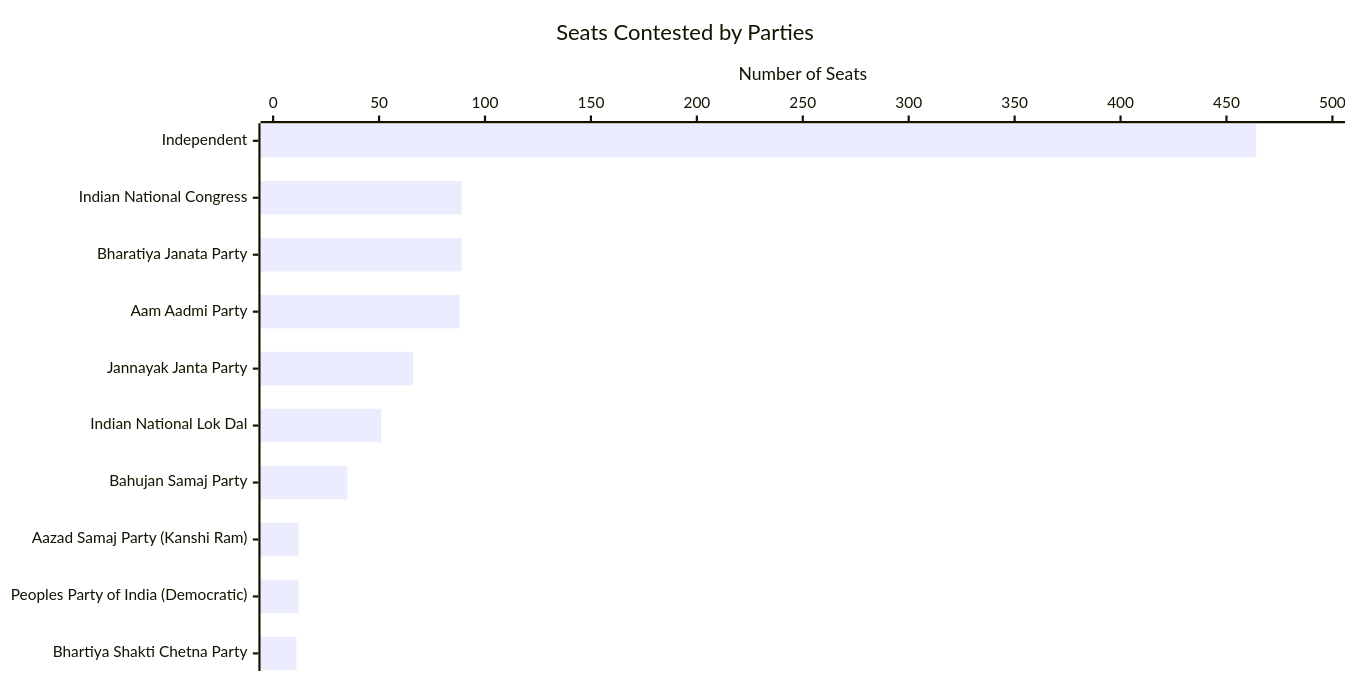
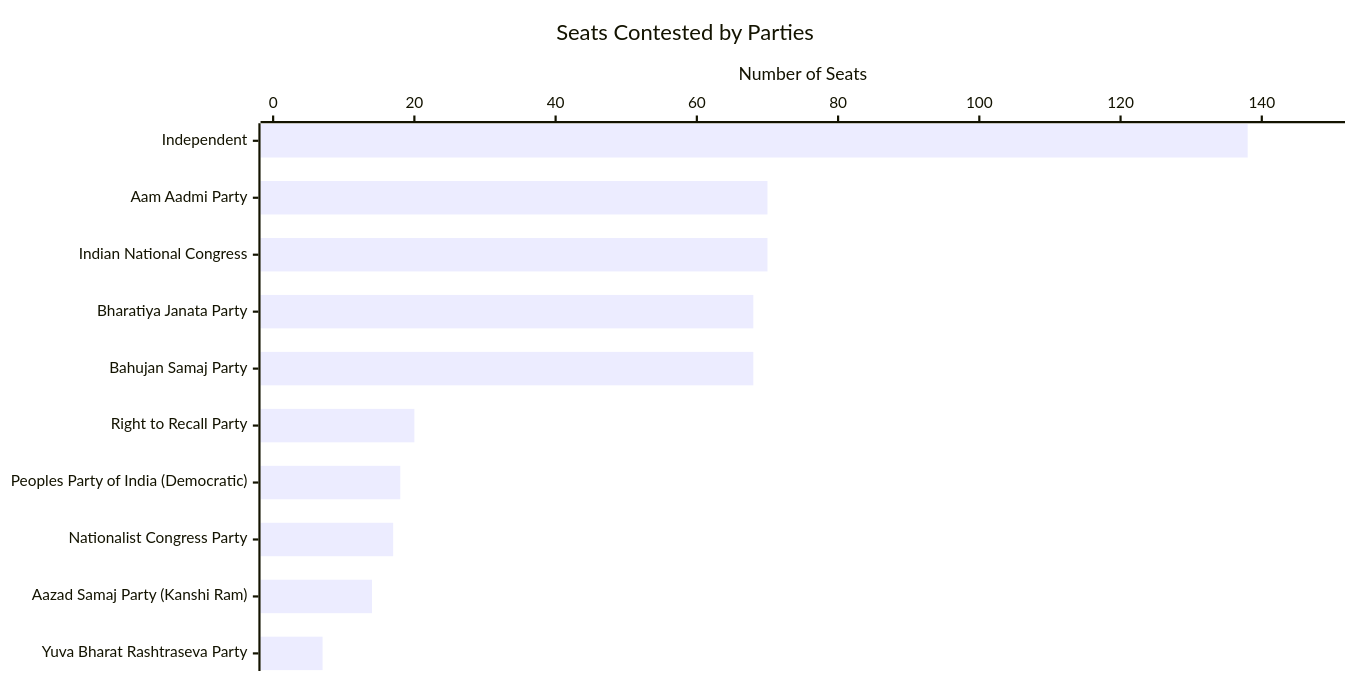
The first of 19 diagrams in NEWDELHI-GRAPH.md (arjunswaj/elections), drawn with Mermaid before and after one commit. The commit also changed other lines of this file, not shown here.

Commit message:
Updating the Graphical format

````diff
--- a/NEWDELHI-GRAPH.md
+++ b/NEWDELHI-GRAPH.md
@@ -48,14 +48,14 @@
 ```mermaid
 ---
 config:
     xyChart:
         width: 1200
         height: 600
         chartOrientation: horizontal
 ---
 xychart-beta
     title "Seats Contested by Parties"
-    x-axis ["Independent", "Indian National Congress", "Bharatiya Janata Party", "Aam Aadmi Party", "Jannayak Janta Party", "Indian National Lok Dal", "Bahujan Samaj Party", "Aazad Samaj Party (Kanshi Ram)", "Peoples Party of India (Democratic)", "Bhartiya Shakti Chetna Party"]
-    y-axis "Number of Seats" 0 --> 500
-    bar [464, 89, 89, 88, 66, 51, 35, 12, 12, 11]
+    x-axis ["Independent", "Aam Aadmi Party", "Indian National Congress", "Bharatiya Janata Party", "Bahujan Samaj Party", "Right to Recall Party", "Peoples Party of India (Democratic)", "Nationalist Congress Party", "Aazad Samaj Party (Kanshi Ram)", "Yuva Bharat Rashtraseva Party"]
+    y-axis "Number of Seats" 0 --> 150
+    bar [138, 70, 70, 68, 68, 20, 18, 17, 14, 7]
 ```
````
